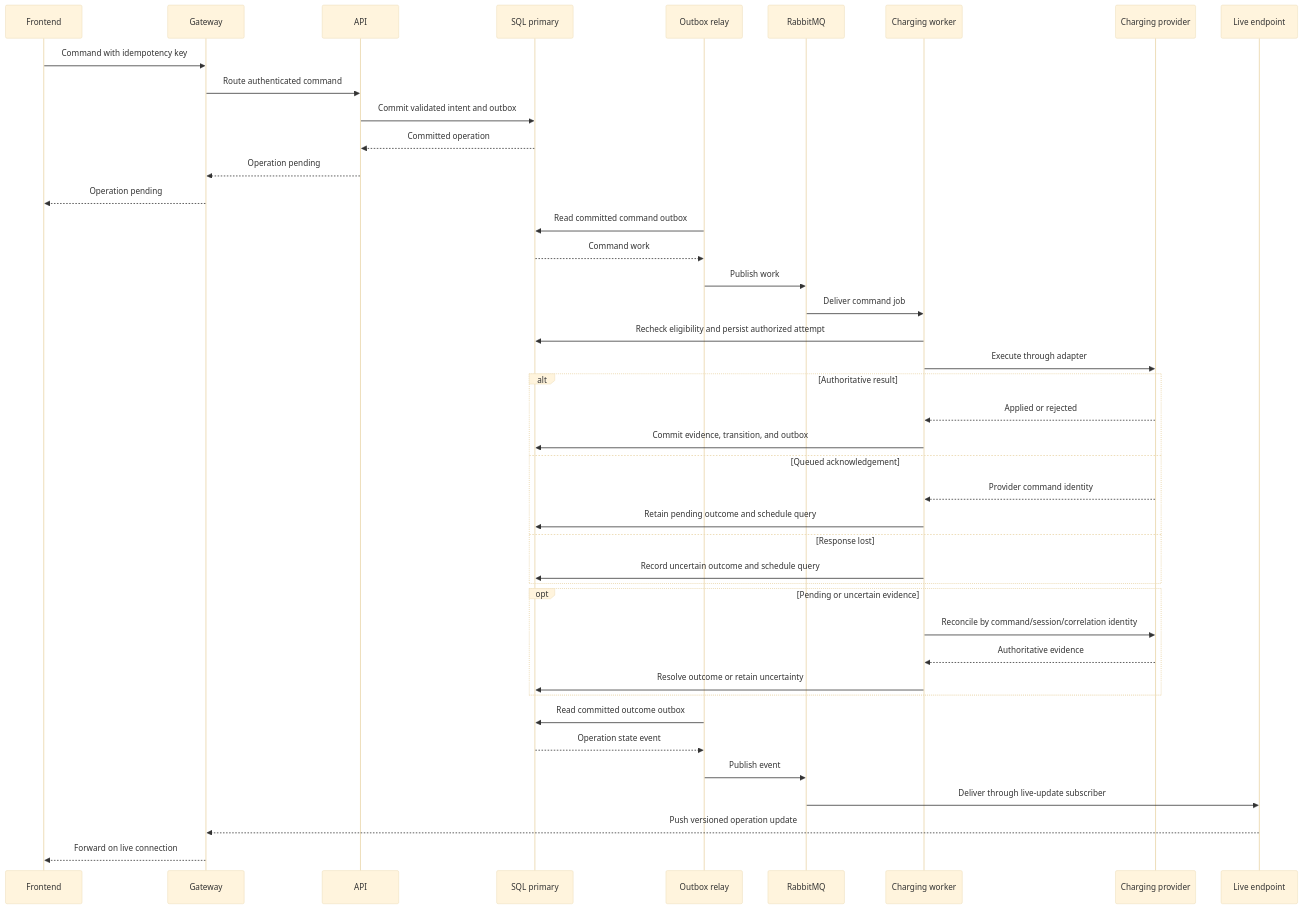
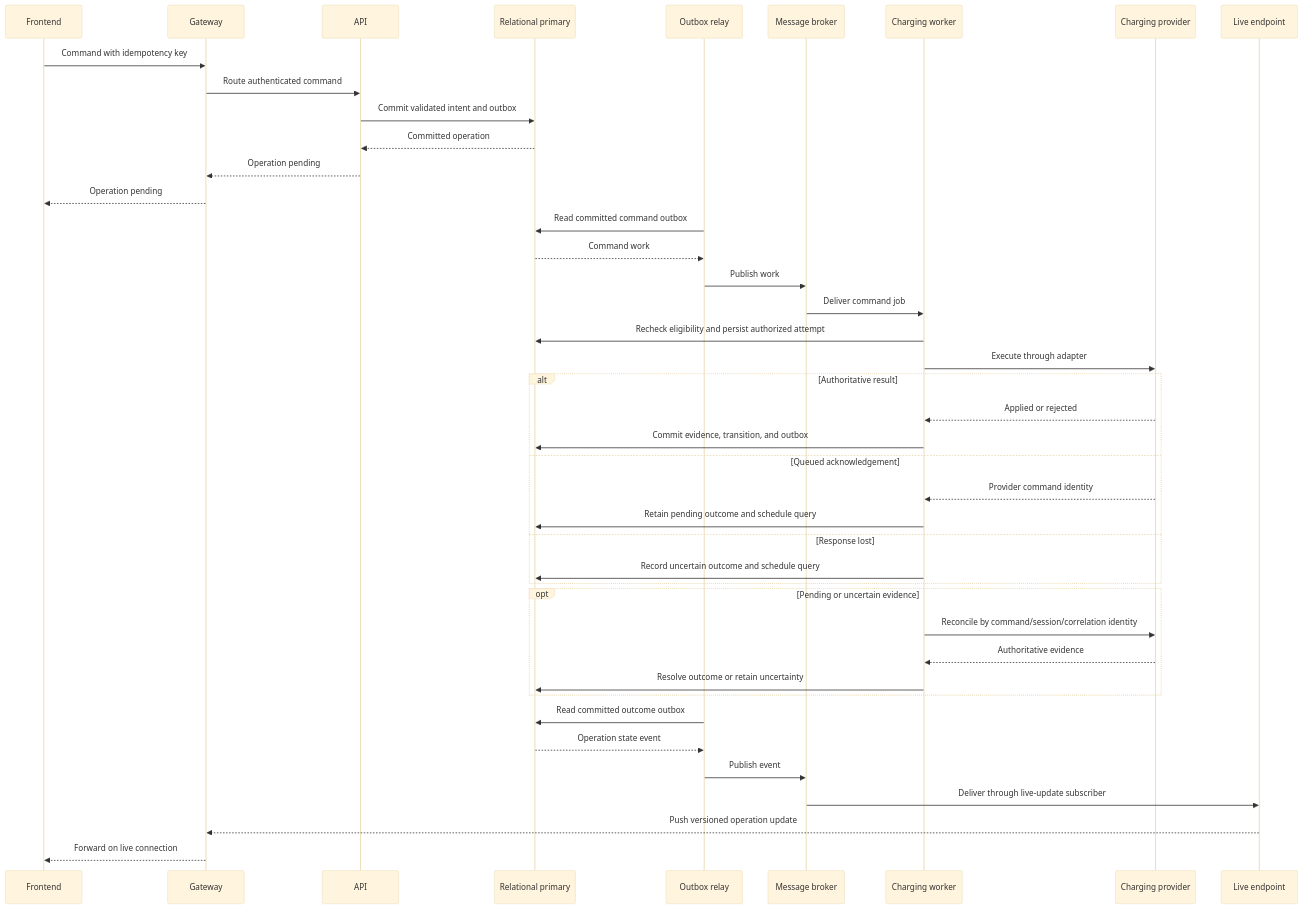
Before and after one commit to AFayziev/ev-charging-system-design-lab: the third of 3 diagrams in docs/architecture.md, drawn with Mermaid (base theme). The commit also changed other lines of this file and 16 other files, not shown here.

````diff
--- a/docs/architecture.md
+++ b/docs/architecture.md
@@ -306,44 +305,44 @@
 ```mermaid
 sequenceDiagram
     participant UI as Frontend
     participant G as Gateway
     participant API as API
-    participant SQL as SQL primary
+    participant SQL as Relational primary
     participant R as Outbox relay
-    participant B as RabbitMQ
+    participant B as Message broker
     participant W as Charging worker
     participant OP as Charging provider
     participant L as Live endpoint
     UI->>G: Command with idempotency key
     G->>API: Route authenticated command
     API->>SQL: Commit validated intent and outbox
     SQL-->>API: Committed operation
     API-->>G: Operation pending
     G-->>UI: Operation pending
     R->>SQL: Read committed command outbox
     SQL-->>R: Command work
     R->>B: Publish work
     B->>W: Deliver command job
     W->>SQL: Recheck eligibility and persist authorized attempt
     W->>OP: Execute through adapter
     alt Authoritative result
         OP-->>W: Applied or rejected
         W->>SQL: Commit evidence, transition, and outbox
     else Queued acknowledgement
         OP-->>W: Provider command identity
         W->>SQL: Retain pending outcome and schedule query
     else Response lost
         W->>SQL: Record uncertain outcome and schedule query
     end
     opt Pending or uncertain evidence
         W->>OP: Reconcile by command/session/correlation identity
         OP-->>W: Authoritative evidence
         W->>SQL: Resolve outcome or retain uncertainty
     end
     R->>SQL: Read committed outcome outbox
     SQL-->>R: Operation state event
     R->>B: Publish event
     B->>L: Deliver through live-update subscriber
     L-->>G: Push versioned operation update
     G-->>UI: Forward on live connection
 ```
````
